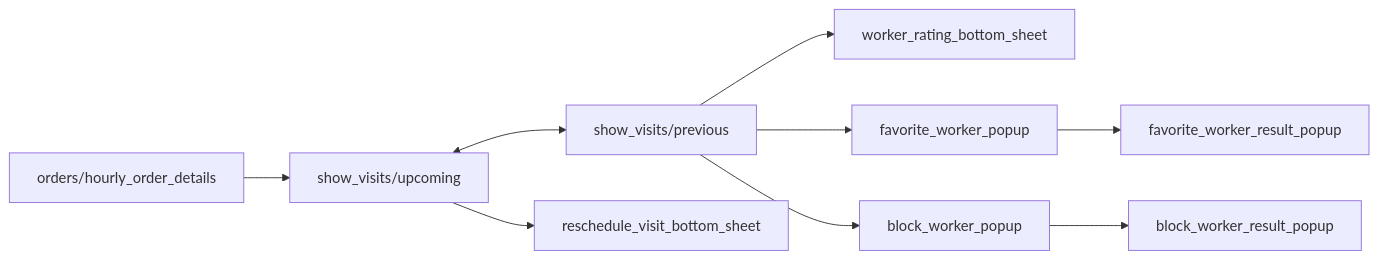
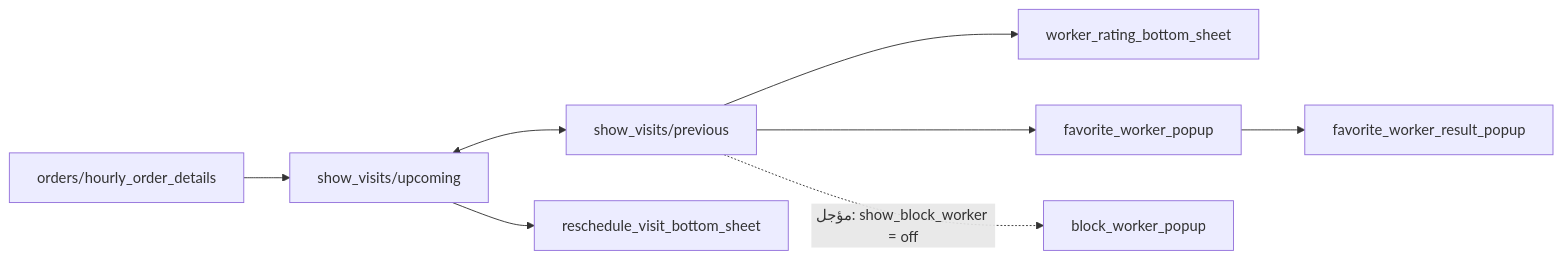
The diagram in project/product/features/visits.md (mmsanad7/belkhedma), drawn with Mermaid before and after one commit. The commit also changed other lines of this file and 10 other files, not shown here.

First line of the commit message:
Defer block-worker in previous visits behind on/off toggle

````diff
--- a/project/product/features/visits.md
+++ b/project/product/features/visits.md
@@ -8,9 +8,9 @@
 ```mermaid
 flowchart LR
     HD["orders/hourly_order_details"] --> U["show_visits/upcoming"]
     U <--> P["show_visits/previous"]
     U --> RS["reschedule_visit_bottom_sheet"]
     P --> WR["worker_rating_bottom_sheet"]
     P --> FW["favorite_worker_popup"] --> FWR["favorite_worker_result_popup"]
-    P --> BW["block_worker_popup"] --> BWR["block_worker_result_popup"]
+    P -.->|"مؤجل: show_block_worker = off"| BW["block_worker_popup"]
 ```
````
